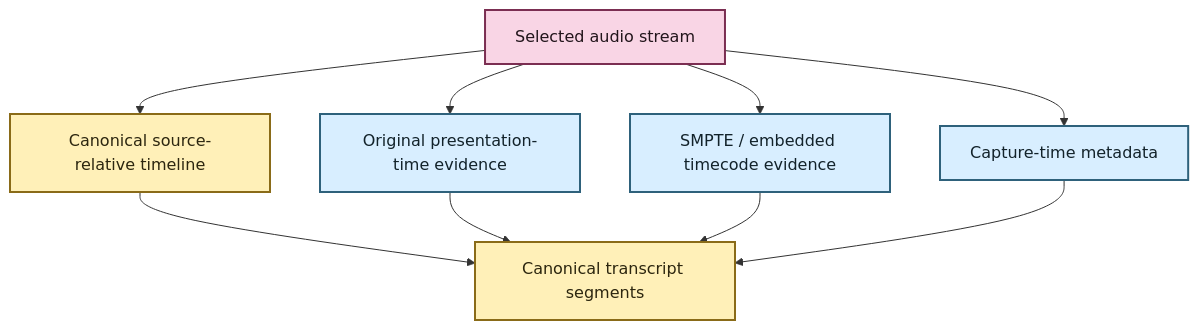
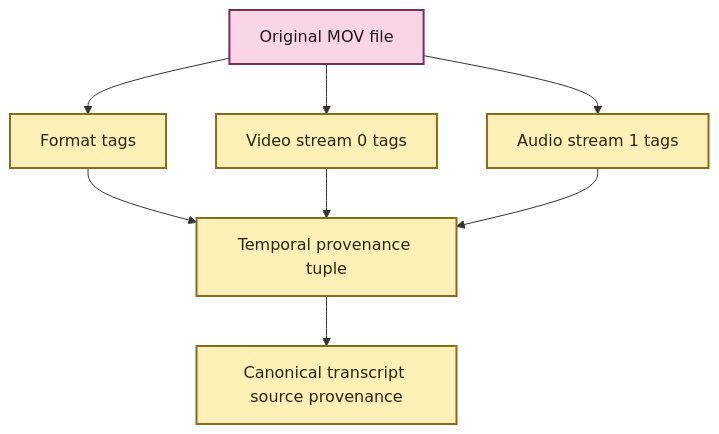
One commit to SSD1805/EchoFlow changed the second of 2 diagrams in docs/architecture/media-and-timeline.md. Above: the diagram before and after it, drawn with Mermaid. The commit also changed other lines of this file, not shown here.

Commit message:
docs(architecture): document current media time provenance

````diff
--- a/docs/architecture/media-and-timeline.md
+++ b/docs/architecture/media-and-timeline.md
@@ -218,19 +125,15 @@
 ```mermaid
 flowchart TD
-    S[Selected audio stream] --> R[Canonical source-relative timeline]
-    S --> P[Original presentation-time evidence]
-    S --> T[SMPTE / embedded timecode evidence]
-    S --> C[Capture-time metadata]
-    R --> X[Canonical transcript segments]
-    P --> X
-    T --> X
-    C --> X
+    M[Original MOV file] --> F[Format tags]
+    M --> V[Video stream 0 tags]
+    M --> A[Audio stream 1 tags]
+    F --> E[Temporal provenance tuple]
+    V --> E
+    A --> E
+    E --> C[Canonical transcript source provenance]
 
     classDef source fill:#F9D5E5,stroke:#7B2E52,stroke-width:2px,color:#22151B
-    classDef canonical fill:#FFF0B8,stroke:#8A6B18,stroke-width:2px,color:#2C260F
-    classDef provenance fill:#D8EEFF,stroke:#2E617B,stroke-width:2px,color:#12222A
-
-    class S source
-    class R,X canonical
-    class P,T,C provenance
+    classDef evidence fill:#FFF0B8,stroke:#8A6B18,stroke-width:2px,color:#2C260F
+    class M source
+    class F,V,A,E,C evidence
 ```
````
